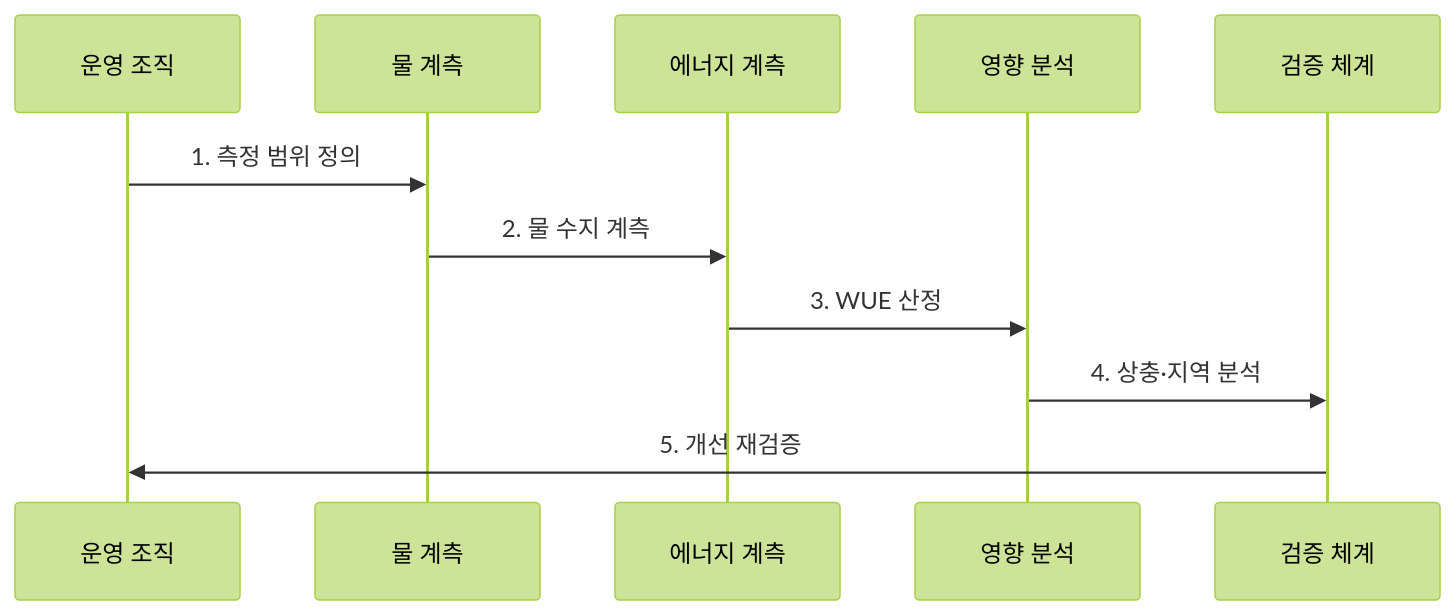
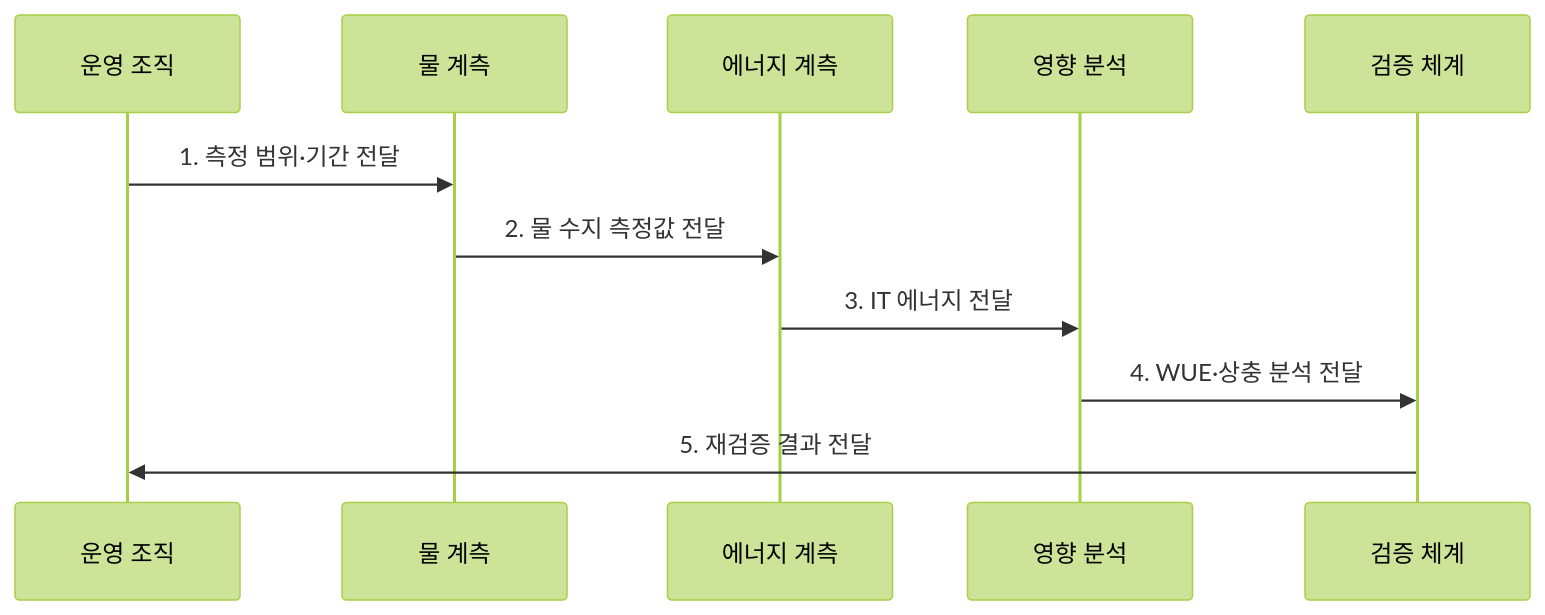
Before and after one commit to agnusdei1207/knowledge-base: the second of 2 diagrams in src/content/docs/notes/08-latest-tech/199_water_usage_effectiveness.md, drawn with Mermaid (forest theme). The commit also changed other lines of this file and 225 other files, not shown here.

````diff
--- a/src/content/docs/notes/08-latest-tech/199_water_usage_effectiveness.md
+++ b/src/content/docs/notes/08-latest-tech/199_water_usage_effectiveness.md
@@ -77,13 +79,13 @@
 ```mermaid
 sequenceDiagram
   participant O as 운영 조직
   participant W as 물 계측
   participant E as 에너지 계측
   participant A as 영향 분석
   participant V as 검증 체계
-  O->>W: 1. 측정 범위 정의
-  W->>E: 2. 물 수지 계측
-  E->>A: 3. WUE 산정
-  A->>V: 4. 상충·지역 분석
-  V->>O: 5. 개선 재검증
+  O->>W: 1. 측정 범위·기간 전달
+  W->>E: 2. 물 수지 측정값 전달
+  E->>A: 3. IT 에너지 전달
+  A->>V: 4. WUE·상충 분석 전달
+  V->>O: 5. 재검증 결과 전달
 ```
````
